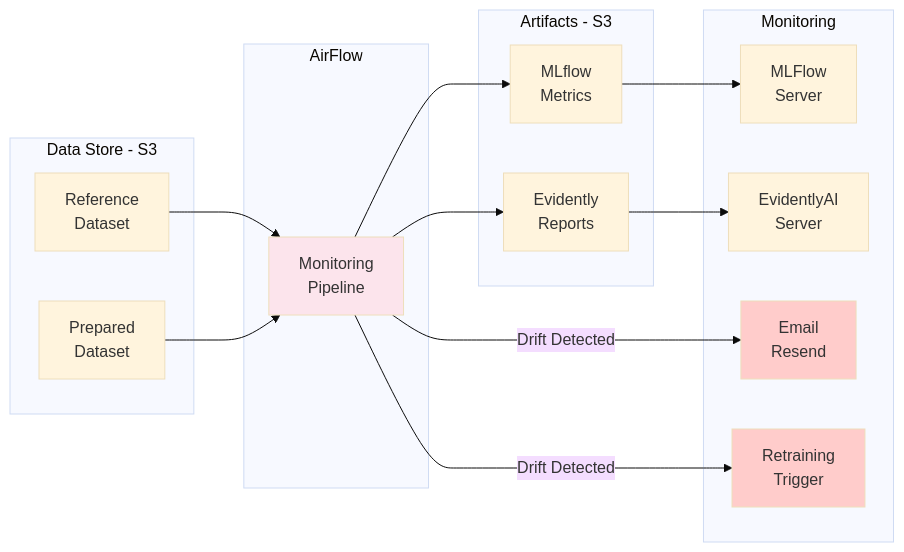
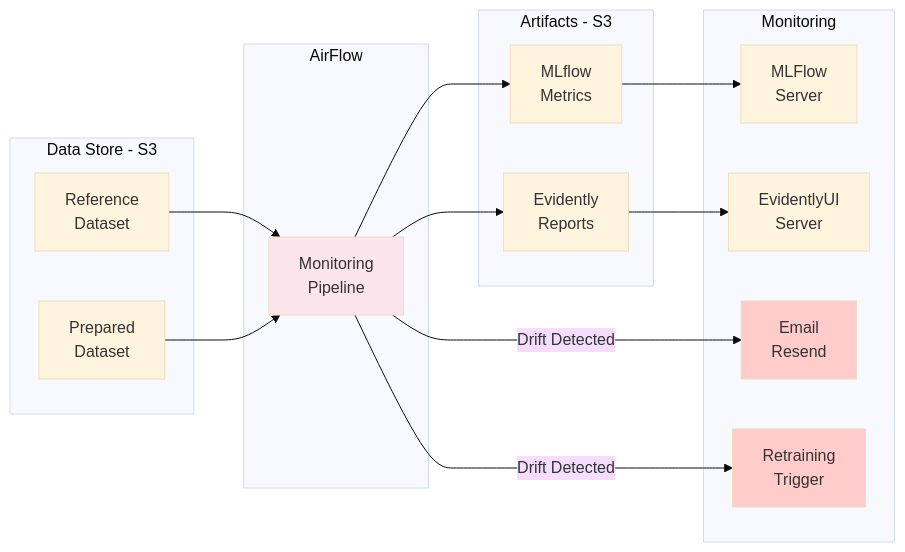
Before and after one commit to jinsudai/jinsudai: the diagram in Services/docsify/docs/monitoring.md, drawn with Mermaid (base theme). The commit also changed other lines of this file and 15 other files, not shown here.

````diff
--- a/Services/docsify/docs/monitoring.md
+++ b/Services/docsify/docs/monitoring.md
@@ -9,38 +9,38 @@
 ```mermaid
 graph LR
     subgraph "Data Store - S3"
         A[Reference<br/>Dataset]
         B[Prepared<br/>Dataset]
     end
     subgraph "Artifacts - S3"
         Ev[Evidently<br/>Reports]
         ML[MLflow<br/>Metrics]
     end
 
     subgraph "AirFlow"
         C[Monitoring<br/>Pipeline]
         
     end
     
     subgraph "Monitoring"
         D[MLFlow<br/>Server]
-        EU[EvidentlyAI<br/>Server]
+        EU[EvidentlyUI<br/>Server]
         F[Email<br/>Resend]
         R[Retraining<br/>Trigger]
     end
     
     A --> C
     B --> C
     C --> Ev
     C --> ML
     C --> |Drift Detected| R
     C --> |Drift Detected| F
 
     Ev --> EU
 
     ML --> D
     
     style C fill:#fce4ec
     style F fill:#ffcccb
     style R fill:#ffcccb
 ```
````
